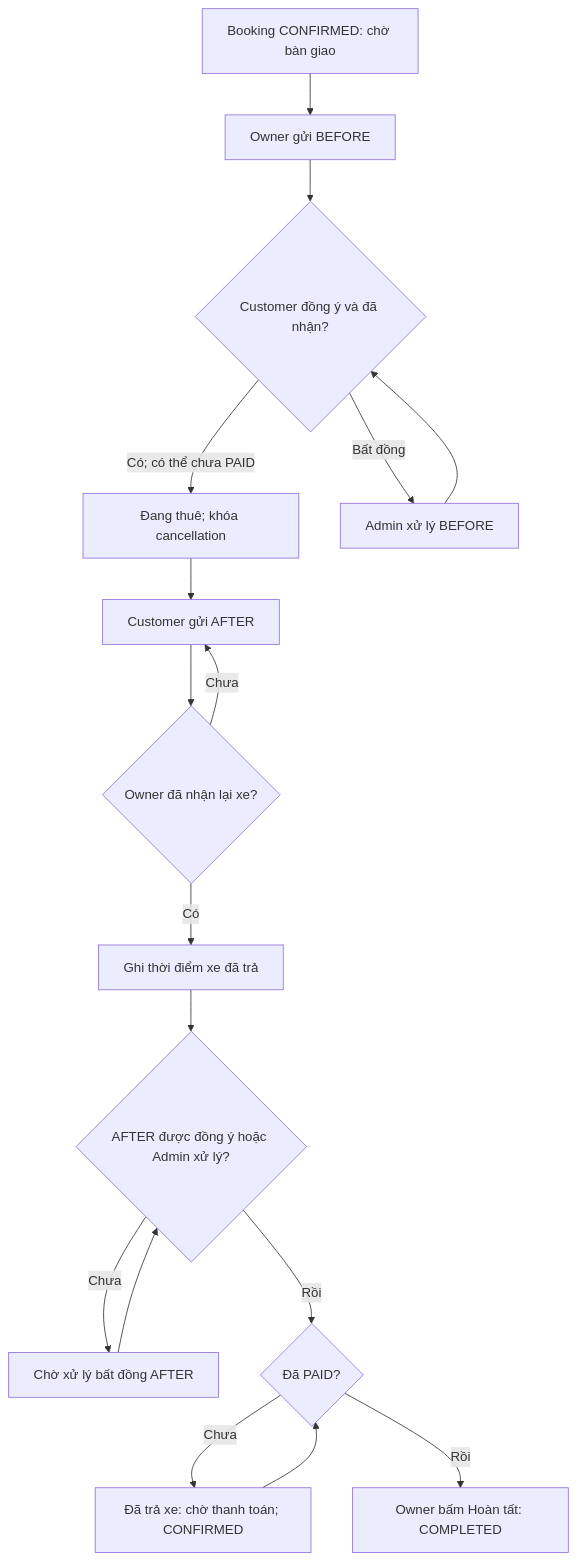
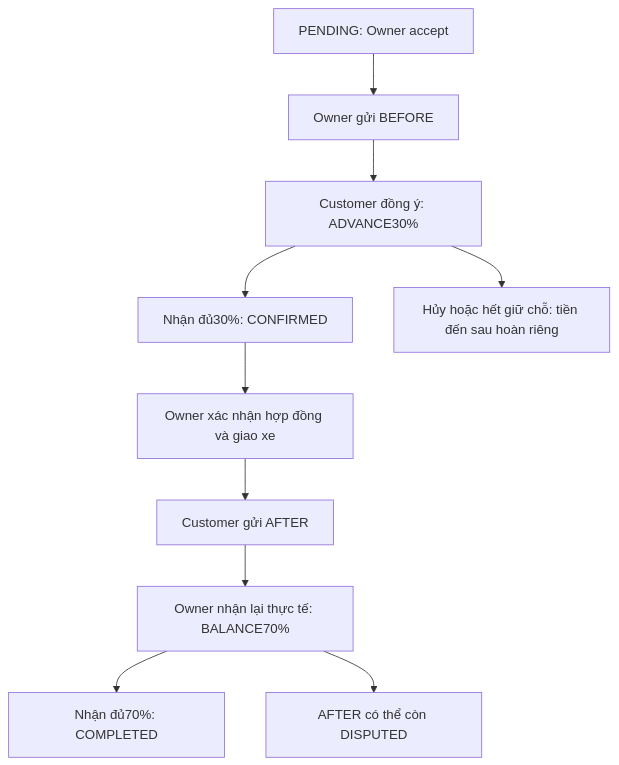
Before and after one commit to thanhmit/CarRent: the third of 7 diagrams in docs/SDD.md, drawn with Mermaid. The commit also changed other lines of this file and 22 other files, not shown here.

First line of the commit message:
feat(rental): complete P6.12 timeline and P6.13 integration gate

````diff
--- a/docs/SDD.md
+++ b/docs/SDD.md
@@ -511,19 +514,12 @@
 ```mermaid
 flowchart TD
-    A[Booking CONFIRMED: chờ bàn giao] --> B[Owner gửi BEFORE]
-    B --> C{Customer đồng ý và đã nhận?}
-    C -->|Có; có thể chưa PAID| D[Đang thuê; khóa cancellation]
-    C -->|Bất đồng| E[Admin xử lý BEFORE]
-    E --> C
-    D --> F[Customer gửi AFTER]
-    F --> G{Owner đã nhận lại xe?}
-    G -->|Chưa| F
-    G -->|Có| H[Ghi thời điểm xe đã trả]
-    H --> I{AFTER được đồng ý hoặc Admin xử lý?}
-    I -->|Chưa| J[Chờ xử lý bất đồng AFTER]
-    J --> I
-    I -->|Rồi| K{Đã PAID?}
-    K -->|Chưa| L[Đã trả xe: chờ thanh toán; CONFIRMED]
-    L --> K
-    K -->|Rồi| M[Owner bấm Hoàn tất: COMPLETED]
+    A[PENDING: Owner accept] --> B[Owner gửi BEFORE]
+    B --> C[Customer đồng ý: ADVANCE30%]
+    C --> D[Nhận đủ30%: CONFIRMED]
+    D --> E[Owner xác nhận hợp đồng và giao xe]
+    E --> F[Customer gửi AFTER]
+    F --> G[Owner nhận lại thực tế: BALANCE70%]
+    G --> H[Nhận đủ70%: COMPLETED]
+    G --> I[AFTER có thể còn DISPUTED]
+    C --> J[Hủy hoặc hết giữ chỗ: tiền đến sau hoàn riêng]
 ```
````
